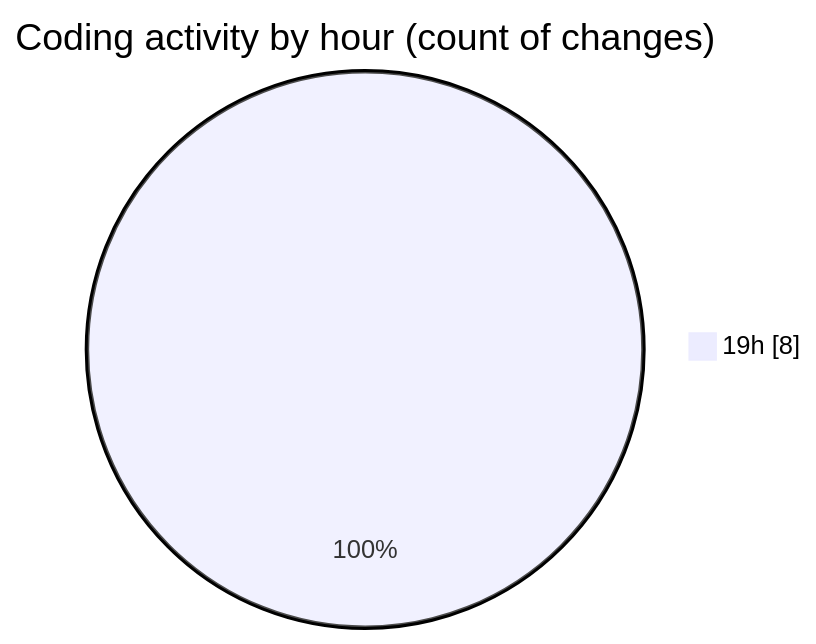
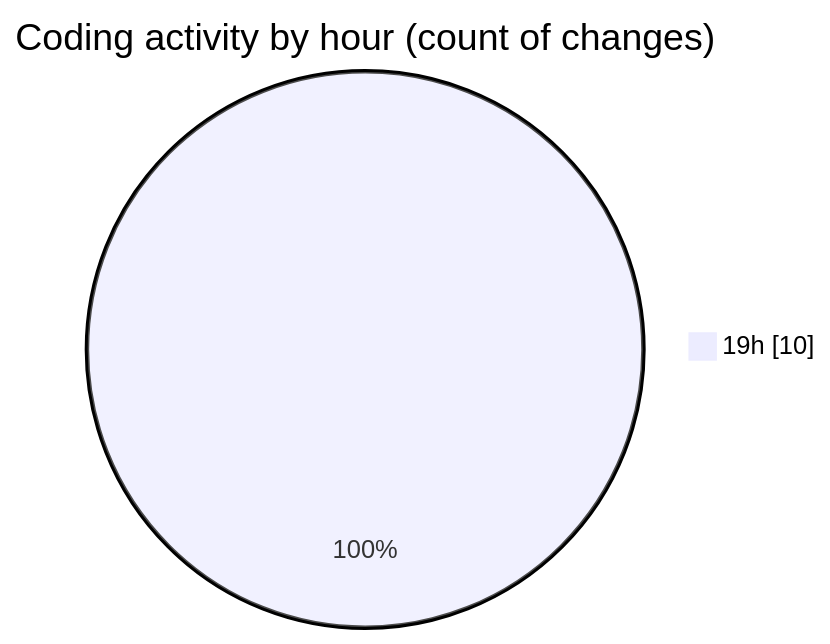
The second of 2 diagrams in 2025-06-20/archive/README.md (JenPaints/code-tracking), drawn with Mermaid before and after one commit. The commit also changed other lines of this file and 1 other file, not shown here.

````diff
--- a/2025-06-20/archive/README.md
+++ b/2025-06-20/archive/README.md
@@ -34,5 +36,5 @@
 ```mermaid
 pie showData
 title Coding activity by hour (count of changes)
-"19h" : 8
+"19h" : 10
 ```
````
